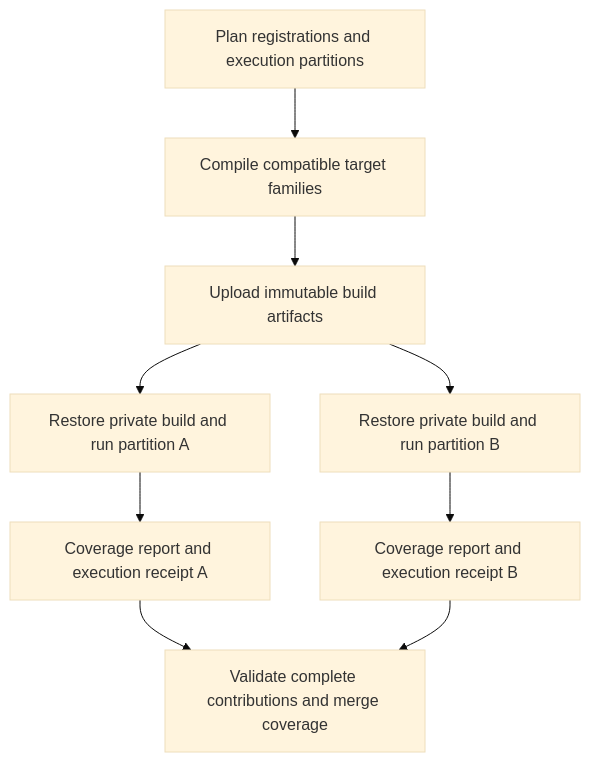
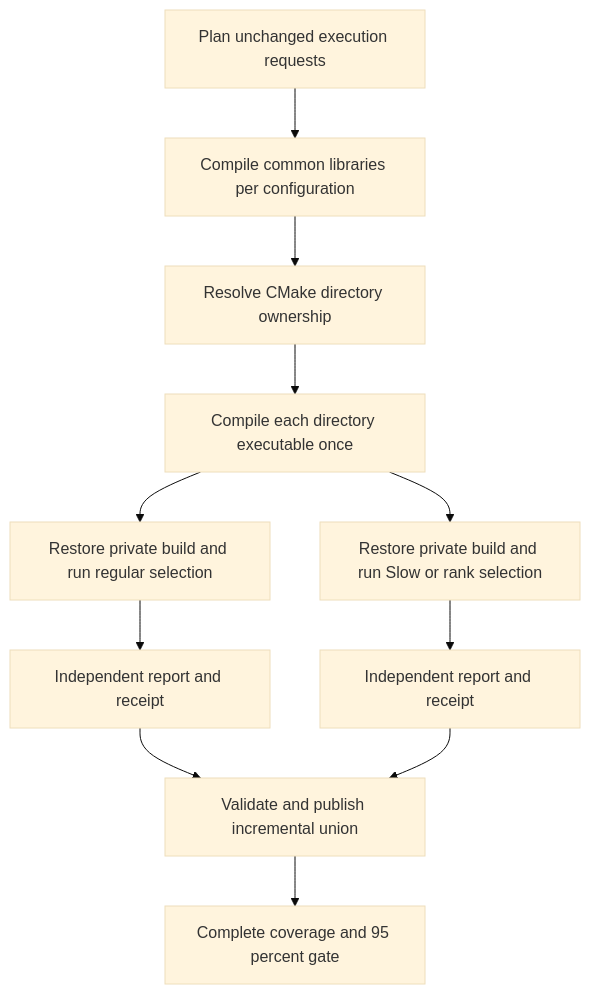
Before and after one commit to cbritopacheco/rodin: the diagram in .github/workflows/README.md, drawn with Mermaid (base theme). The commit also changed other lines of this file and 23 other files, not shown here.

First line of the commit message:
Share test builds uniformly and publish complete coverage batches

````diff
--- a/.github/workflows/README.md
+++ b/.github/workflows/README.md
@@ -79,11 +86,13 @@
 ```mermaid
 flowchart TD
-  P[Plan registrations and execution partitions] --> B[Compile compatible target families]
-  B --> A[Upload immutable build artifacts]
-  A --> E1[Restore private build and run partition A]
-  A --> E2[Restore private build and run partition B]
-  E1 --> C1[Coverage report and execution receipt A]
-  E2 --> C2[Coverage report and execution receipt B]
-  C1 --> F[Validate complete contributions and merge coverage]
-  C2 --> F
+  P[Plan unchanged execution requests] --> C[Compile common libraries per configuration]
+  C --> D[Resolve CMake directory ownership]
+  D --> B[Compile each directory executable once]
+  B --> E1[Restore private build and run regular selection]
+  B --> E2[Restore private build and run Slow or rank selection]
+  E1 --> R1[Independent report and receipt]
+  E2 --> R2[Independent report and receipt]
+  R1 --> U[Validate and publish incremental union]
+  R2 --> U
+  U --> F[Complete coverage and 95 percent gate]
 ```
````
